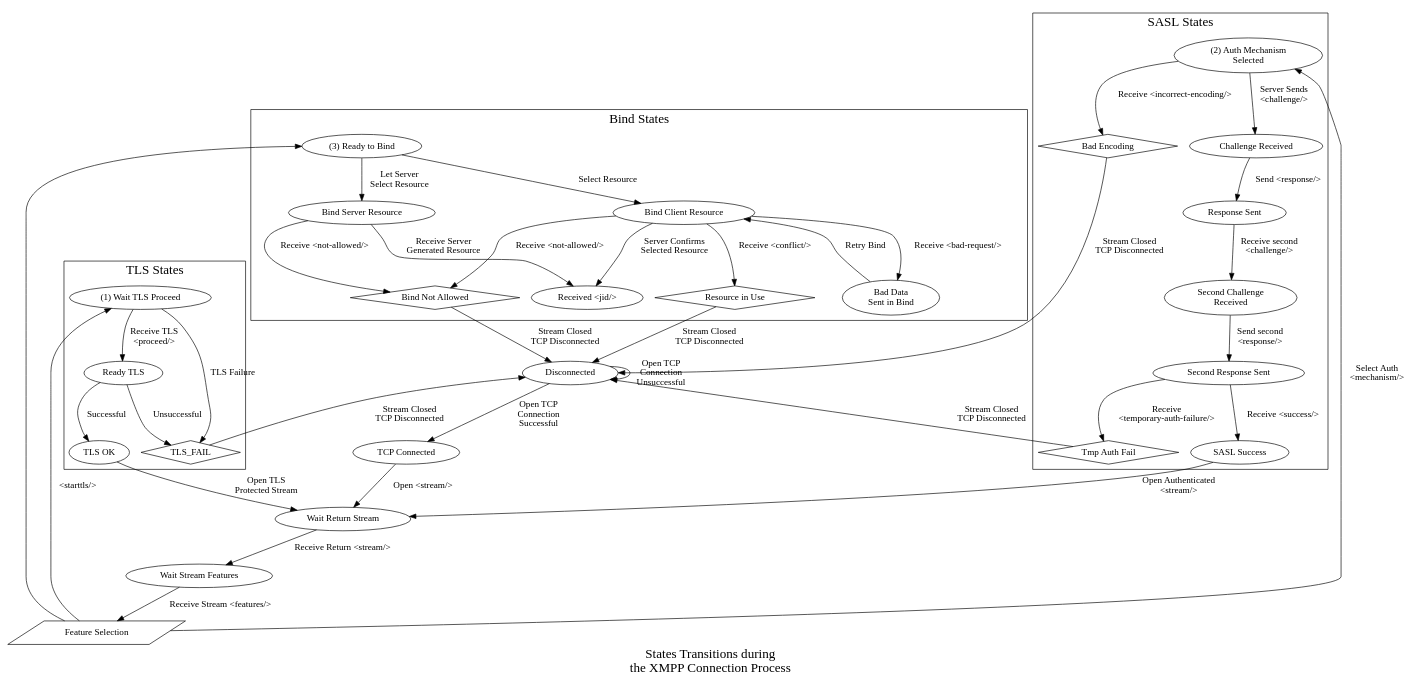
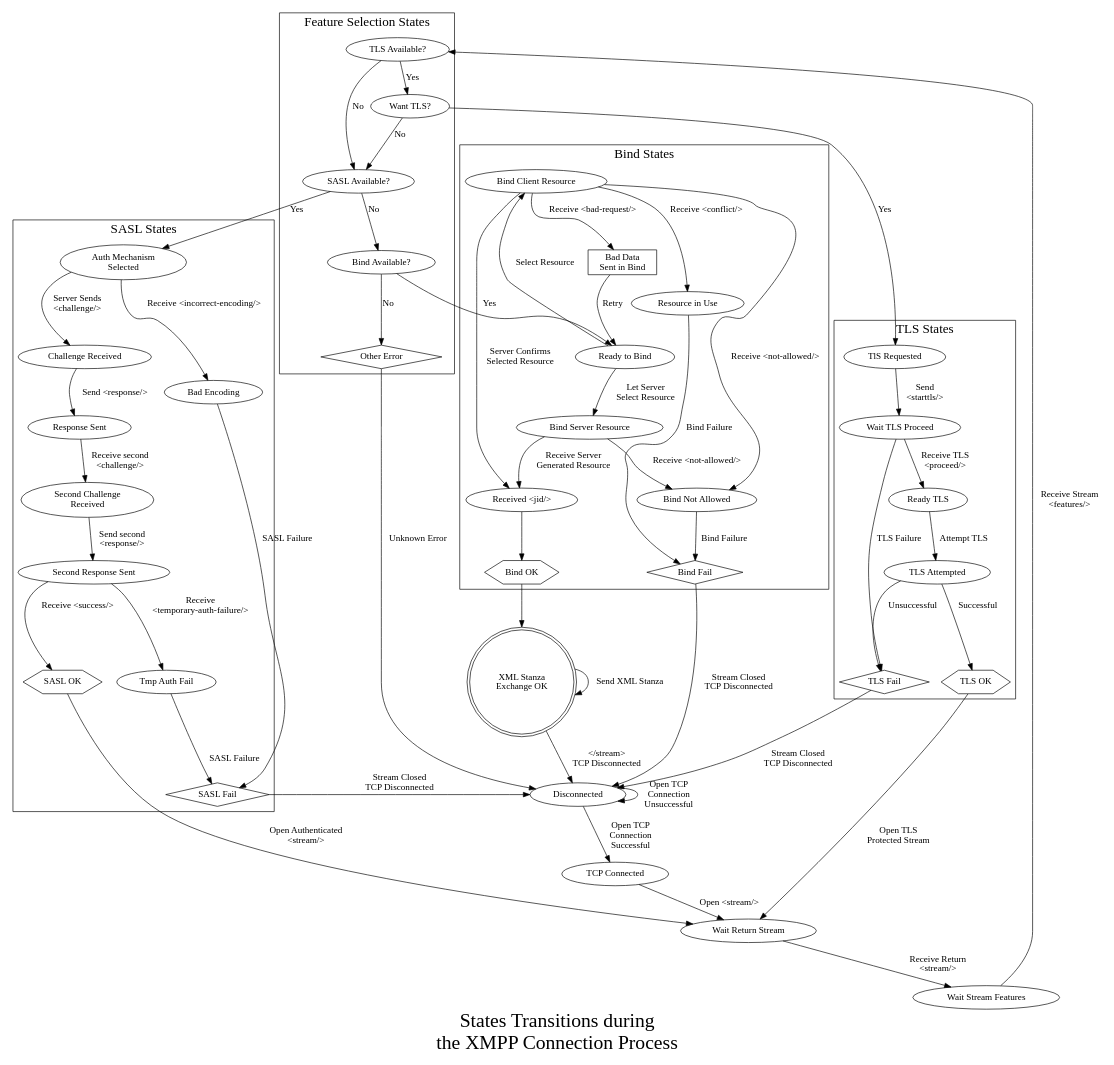
Before and after one commit to tbielawa/PAD-XMPP: the diagram in Graph/Login.gv, drawn with Graphviz.

Commit message:
Lots of work. Feature states, one out state per cluster, etc.

```diff
--- a/Graph/Login.gv
+++ b/Graph/Login.gv
@@ -1,71 +1,101 @@
 digraph ConnectionStates {
 	overlap = false;
-	
-	node [shape=diamond]; "Bad Encoding" "Tmp Auth Fail" "TLS_FAIL" "Bind Not Allowed" "Resource in Use"
-	node [shape=parallelogram]; "Feature Selection";
+	node [shape=diamond]; "SASL Fail" "TLS Fail" "Bind Fail" "Other Error";
+	node [shape=hexagon]; "SASL OK" "TLS OK" "Bind OK";
+	node [shape=rectangle]; "Bad Data\nSent in Bind";
+	node [shape=doublecircle]; "XML Stanza\nExchange OK";
 	node [shape=ellipse];
 
 	"Disconnected" -> "TCP Connected" [label="Open TCP\nConnection\nSuccessful"];
 	"Disconnected" -> "Disconnected" [label="Open TCP\nConnection\nUnsuccessful"];
 	"TCP Connected" -> "Wait Return Stream" [label="Open <stream/>"];
-	"Wait Return Stream" -> "Wait Stream Features" [label="Receive Return <stream/>"];
-	"Wait Stream Features" -> "Feature Selection" [label="Receive Stream <features/>"];
-	
-	"Feature Selection" -> "(1) Wait TLS Proceed" [label="<starttls/>"];
-	"Feature Selection" -> "(2) Auth Mechanism\nSelected" [label="Select Auth\n<mechanism/>"];
-	"Feature Selection" -> "(3) Ready to Bind";
-	
-	"TLS_FAIL" -> "Disconnected" [label="Stream Closed\nTCP Disconnected"];
-	"Bad Encoding" -> "Disconnected" [label="Stream Closed\nTCP Disconnected"];
-	"Tmp Auth Fail" -> "Disconnected" [label="Stream Closed\nTCP Disconnected"];
-	"Bind Not Allowed" -> "Disconnected" [label="Stream Closed\nTCP Disconnected"];
-	"Resource in Use" -> "Disconnected" [label="Stream Closed\nTCP Disconnected"];
+	"Wait Return Stream" -> "Wait Stream Features" [label="Receive Return\n<stream/>"];
+	"Wait Stream Features" -> "TLS Available?" [label="Receive Stream\n<features/>"];
+
+	"TLS Fail" -> "Disconnected" [label="Stream Closed\nTCP Disconnected"];
+	"SASL Fail" -> "Disconnected" [label="Stream Closed\nTCP Disconnected"];
+	"Bind Fail" -> "Disconnected" [label="Stream Closed\nTCP Disconnected"];
+	"XML Stanza\nExchange OK" -> "Disconnected" [label="</stream>\nTCP Disconnected"];
+	"Other Error" -> "Disconnected" [label="Unknown Error"];
 	
 	"TLS OK" -> "Wait Return Stream" [label="Open TLS\nProtected Stream"];
-	"SASL Success" -> "Wait Return Stream" [label="Open Authenticated\n<stream/>"];
+	"SASL OK" -> "Wait Return Stream" [label="Open Authenticated\n<stream/>"];
+	
+	"Bind OK" -> "XML Stanza\nExchange OK";
+	"XML Stanza\nExchange OK" -> "XML Stanza\nExchange OK" [label="Send XML Stanza"];
 	
 	subgraph cluster_TLSStates {
 		label = "TLS States";
 		color = black;
-		"(1) Wait TLS Proceed" -> "TLS_FAIL" [label="TLS Failure"];
-		"(1) Wait TLS Proceed" -> "Ready TLS" [label="Receive TLS\n<proceed/>"];
-		"Ready TLS" -> "TLS_FAIL" [label="Unsuccessful"];
-		"Ready TLS" -> "TLS OK" [label="Successful"];
+		"TlS Requested" -> "Wait TLS Proceed" [label="Send\n<starttls/>"];
+		"Wait TLS Proceed" -> "TLS Fail" [label="TLS Failure"];
+		"Wait TLS Proceed" -> "Ready TLS" [label="Receive TLS\n<proceed/>"];
+		
+		"Ready TLS" -> "TLS Attempted" [label="Attempt TLS"];
+		"TLS Attempted" -> "TLS Fail" [label="Unsuccessful"];
+		"TLS Attempted" -> "TLS OK" [label="Successful"];
 		fontsize = 20;
 	}
 	
 	subgraph cluster_SASLStates {
 		label = "SASL States";
 		color = black;
-		"(2) Auth Mechanism\nSelected" -> "Challenge Received" [label="Server Sends\n<challenge/>"];
-		"(2) Auth Mechanism\nSelected" -> "Bad Encoding" [label="Receive <incorrect-encoding/>"];
+		"Auth Mechanism\nSelected" -> "Challenge Received" [label="Server Sends\n<challenge/>"];
+		"Auth Mechanism\nSelected" -> "Bad Encoding" [label="Receive <incorrect-encoding/>"];
+		
 		"Challenge Received" -> "Response Sent" [label="Send <response/>"];
 		"Response Sent" -> "Second Challenge\nReceived" [label="Receive second\n<challenge/>"];
 		"Second Challenge\nReceived" -> "Second Response Sent" [label="Send second\n<response/>"];
-		"Second Response Sent" -> "SASL Success" [label="Receive <success/>"];
+		
+		"Second Response Sent" -> "SASL OK" [label="Receive <success/>"];
 		"Second Response Sent" -> "Tmp Auth Fail" [label="Receive\n<temporary-auth-failure/>"];
+		
+		"Bad Encoding" -> "SASL Fail" [label="SASL Failure"];
+		"Tmp Auth Fail" -> "SASL Fail" [label="SASL Failure"];
 		fontsize = 20;
 	}
 	
 	subgraph cluster_BindStates {
 		label = "Bind States";
 		color = black;
-		"(3) Ready to Bind" -> "Bind Client Resource" [label="Select Resource"];
-		"(3) Ready to Bind" -> "Bind Server Resource" [label="Let Server\nSelect Resource"];
+		"Ready to Bind" -> "Bind Client Resource" [label="Select Resource"];
+		"Ready to Bind" -> "Bind Server Resource" [label="Let Server\nSelect Resource"];
 		
 		"Bind Client Resource" -> "Received <jid/>" [label="Server Confirms\nSelected Resource"];
 		"Bind Server Resource" -> "Received <jid/>" [label="Receive Server\nGenerated Resource"];
 		
 		"Bind Client Resource" -> "Bad Data\nSent in Bind" [label="Receive <bad-request/>"];
-		"Bad Data\nSent in Bind" -> "Bind Client Resource" [label="Retry Bind"];
+		"Bad Data\nSent in Bind" -> "Ready to Bind" [label="Retry"];
 		
 		"Bind Server Resource" -> "Bind Not Allowed" [label="Receive <not-allowed/>"];
 		"Bind Client Resource"-> "Bind Not Allowed" [label="Receive <not-allowed/>"];
 		
 		"Bind Client Resource" -> "Resource in Use" [label="Receive <conflict/>"];
+		
+		"Bind Not Allowed" -> "Bind Fail" [label="Bind Failure"];
+		"Resource in Use" -> "Bind Fail" [label="Bind Failure"];
+		
+		"Received <jid/>" -> "Bind OK";
+		fontsize = 20;
+	}
+	
+	subgraph cluster_FeatureStates {
+		label = "Feature Selection States";
+		color = black;
+		"TLS Available?" -> "Want TLS?" [label="Yes"];
+		"TLS Available?" -> "SASL Available?" [label="No"];
+		
+		"Want TLS?" -> "TlS Requested" [label="Yes"];
+		"Want TLS?" -> "SASL Available?" [label="No"];
+		
+		"SASL Available?" -> "Auth Mechanism\nSelected" [label="Yes"];
+		"SASL Available?" -> "Bind Available?" [label="No"];
+		
+		"Bind Available?" -> "Ready to Bind" [label="Yes"];
+		"Bind Available?" -> "Other Error" [label="No"];
 		fontsize = 20;
 	}
 	
 	label = "States Transitions during\n the XMPP Connection Process";
-	fontsize = 20;
+	fontsize = 30;
 }
```
